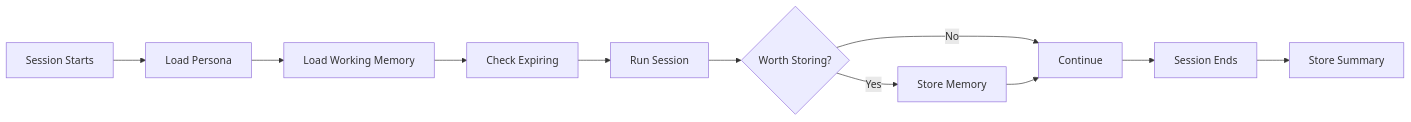
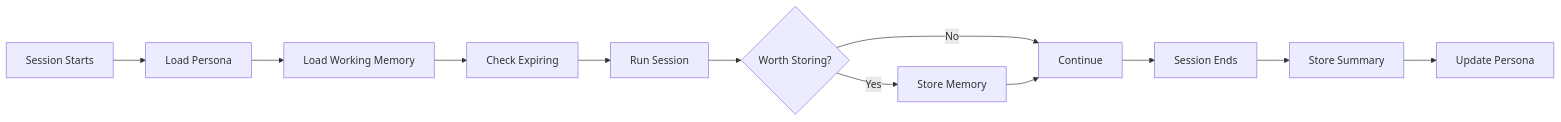
One commit to Engram-Training/docs changed the first of 2 diagrams in autonomous-agents.mdx. Above: the diagram before and after it, drawn with Mermaid. The commit also changed other lines of this file and 1 other file, not shown here.

````diff
--- a/autonomous-agents.mdx
+++ b/autonomous-agents.mdx
@@ -22,13 +23,14 @@
 ```mermaid
 graph LR
     A[Session Starts] --> B[Load Persona]
     B --> C[Load Working Memory]
     C --> D[Check Expiring]
     D --> E[Run Session]
     E --> F{Worth Storing?}
     F -->|Yes| G[Store Memory]
     F -->|No| H[Continue]
     G --> H
     H --> I[Session Ends]
     I --> J[Store Summary]
+    J --> K[Update Persona]
 ```
````
